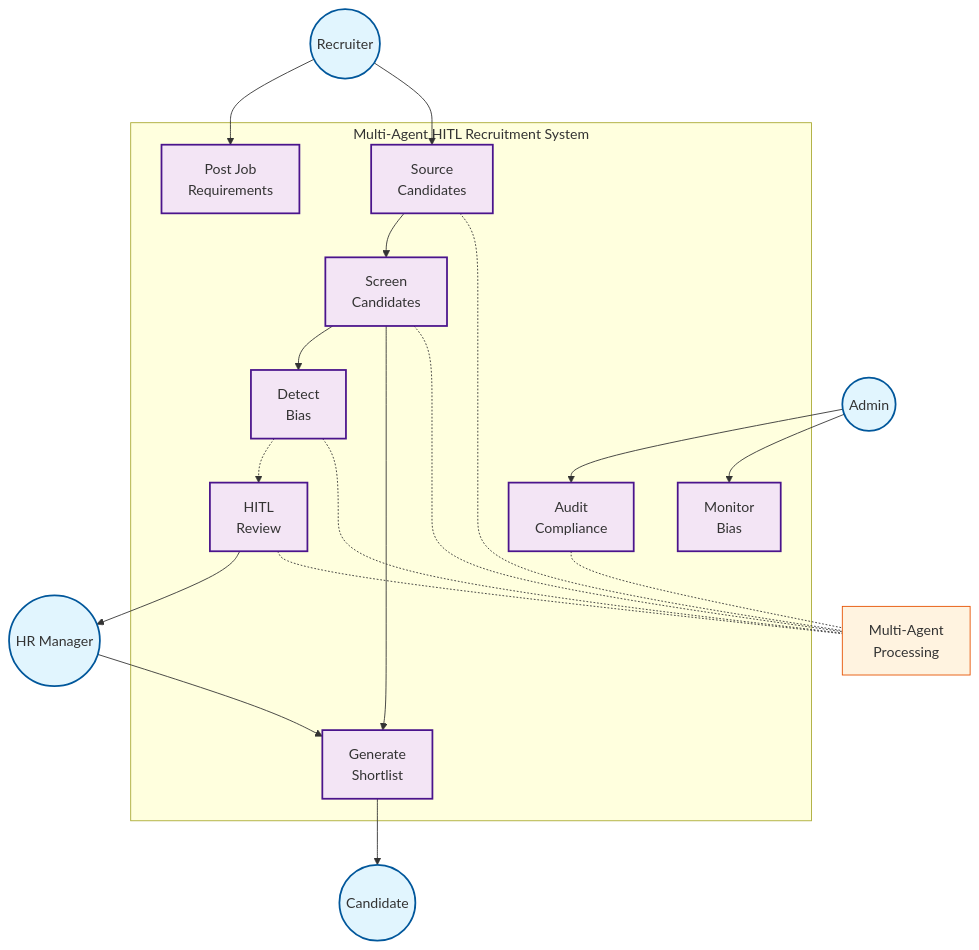
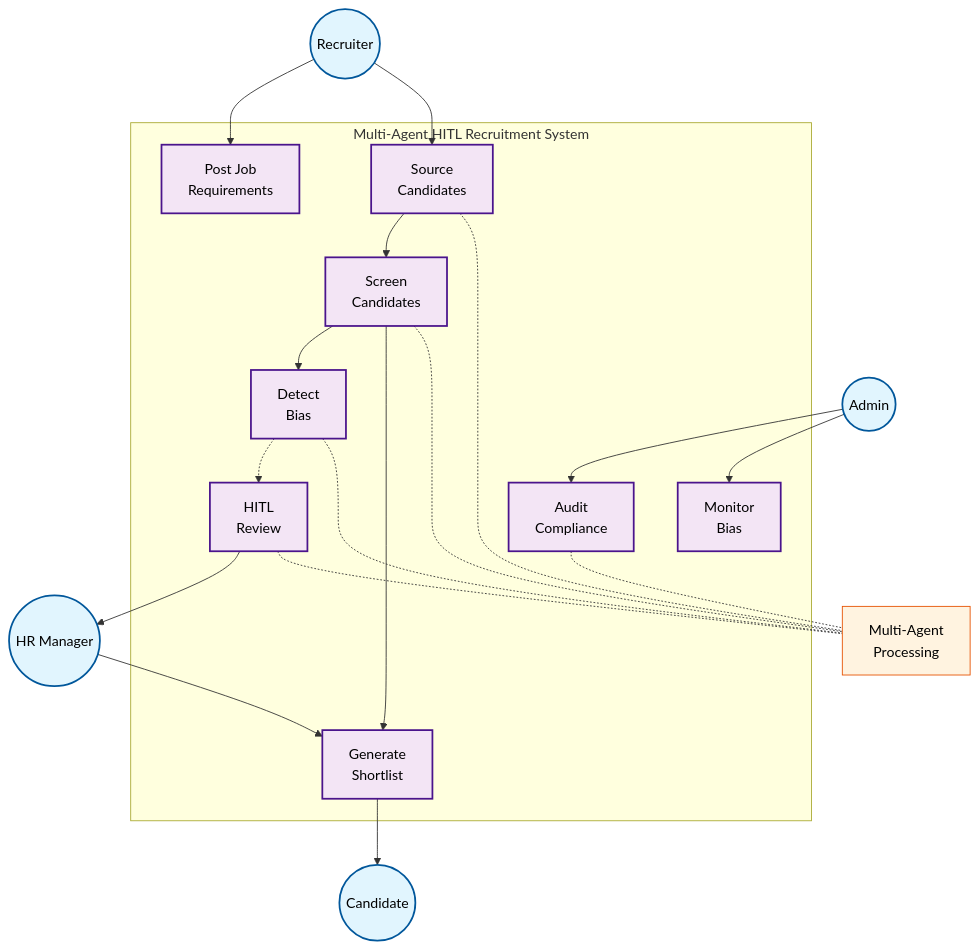
The second of 3 diagrams in demo/slides.md (greyyT/thesis), drawn with Mermaid before and after one commit. The commit also changed other lines of this file and 2 other files, not shown here.

````diff
--- a/demo/slides.md
+++ b/demo/slides.md
@@ -471,45 +414,45 @@
 ```mermaid {scale: 0.4}
 graph TB
     subgraph "Multi-Agent HITL Recruitment System"
         PostJob[Post Job<br/>Requirements]
         SourceCandidates[Source<br/>Candidates]
         ScreenCandidates[Screen<br/>Candidates]
         DetectBias[Detect<br/>Bias]
         HITLReview[HITL<br/>Review]
         GenerateShortlist[Generate<br/>Shortlist]
         AuditCompliance[Audit<br/>Compliance]
         MonitorBias[Monitor<br/>Bias]
     end
 
     Recruiter((Recruiter))
     HRManager((HR Manager))
     Candidate((Candidate))
     SysAdmin((Admin))
 
     Recruiter --> PostJob
     Recruiter --> SourceCandidates
     SourceCandidates --> ScreenCandidates
     ScreenCandidates --> DetectBias
     DetectBias -.-> HITLReview
     HITLReview --> HRManager
     HRManager --> GenerateShortlist
     ScreenCandidates --> GenerateShortlist
     GenerateShortlist --> Candidate
     SysAdmin --> AuditCompliance
     SysAdmin --> MonitorBias
 
     %% Multi-agent system processes (internal)
     SourceCandidates -.- MAS[Multi-Agent<br/>Processing]
     ScreenCandidates -.- MAS
     DetectBias -.- MAS
     HITLReview -.- MAS
     AuditCompliance -.- MAS
 
-    classDef actor fill:#e1f5fe,stroke:#01579b,stroke-width:2px
-    classDef usecase fill:#f3e5f5,stroke:#4a148c,stroke-width:2px
-    classDef agent fill:#fff3e0,stroke:#e65100,stroke-width:1px
+    classDef actor fill:#e1f5fe,stroke:#01579b,stroke-width:2px,color:#000
+    classDef usecase fill:#f3e5f5,stroke:#4a148c,stroke-width:2px,color:#000
+    classDef agent fill:#fff3e0,stroke:#e65100,stroke-width:1px,color:#000
 
     class Recruiter,HRManager,Candidate,SysAdmin actor
     class PostJob,SourceCandidates,ScreenCandidates,DetectBias,HITLReview,GenerateShortlist,AuditCompliance,MonitorBias usecase
     class MAS agent
 ```
````
